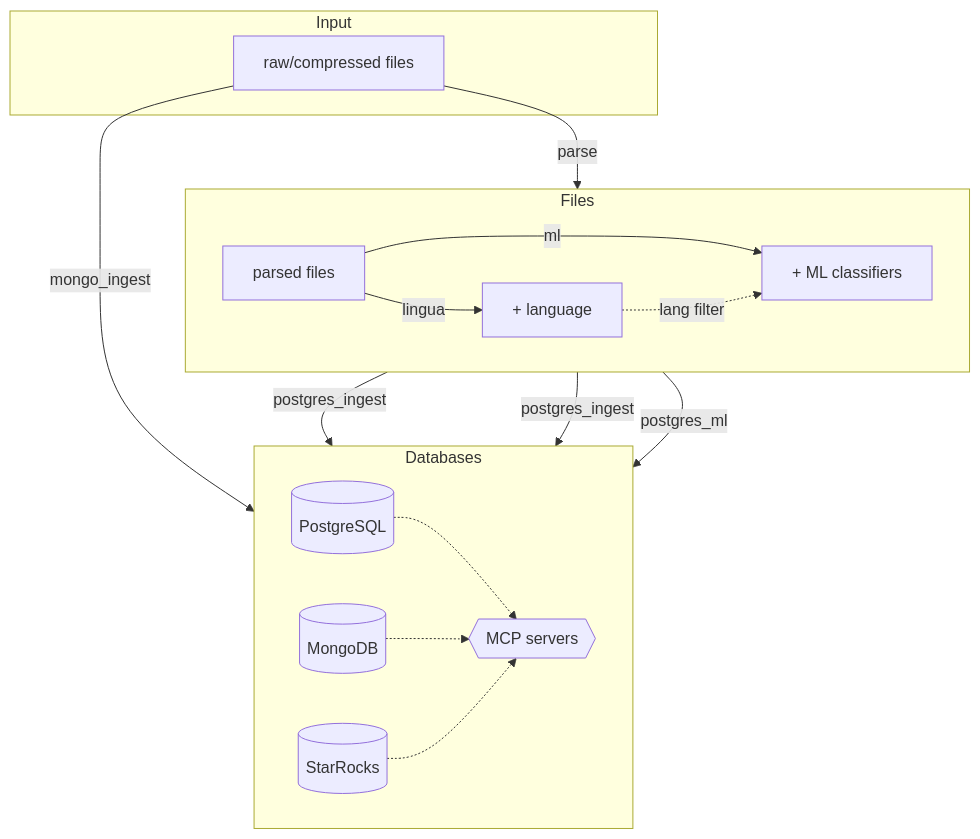
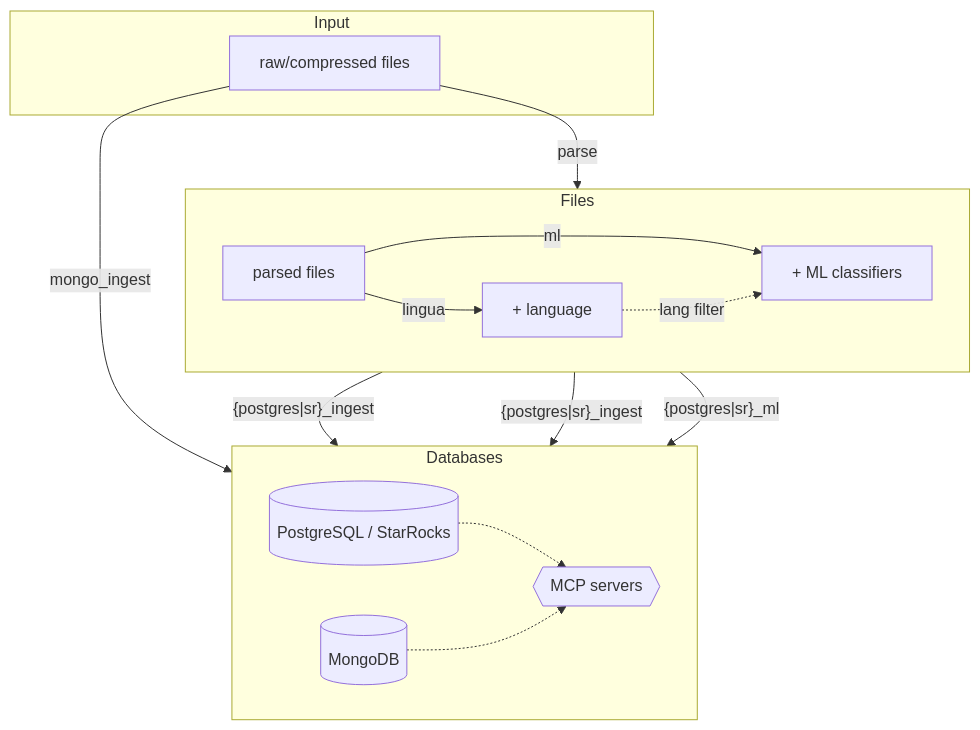
The diagram in README.md (joaopn/social-data-bridge), drawn with Mermaid before and after one commit. The commit also changed other lines of this file and 5 other files, not shown here.

Commit message:
docs: updates documentation to add StarRocks

````diff
--- a/README.md
+++ b/README.md
@@ -74,30 +74,29 @@
 ```mermaid
 flowchart TB
     subgraph Input
         RAW[raw/compressed files]
     end
 
     subgraph Files
         direction LR
         PARSED[parsed files]
         LINGUA[+ language]
         ML_OUT[+ ML classifiers]
         PARSED -->|lingua| LINGUA
         PARSED -->|ml| ML_OUT
         LINGUA -.->|lang filter| ML_OUT
     end
 
     subgraph Databases
         direction LR
-        PG[(PostgreSQL)]
+        PGSR[("PostgreSQL / StarRocks")]
         MONGO[(MongoDB)]
-        SR[(StarRocks)]
         MCP{{MCP servers}}
-        PG & MONGO & SR -.-> MCP
+        PGSR & MONGO -.-> MCP
     end
 
     RAW -->|parse| PARSED
     RAW -->|mongo_ingest| MONGO
-    PARSED & LINGUA -->|postgres_ingest| PG
-    ML_OUT -->|postgres_ml| PG
+    PARSED & LINGUA -->|"{postgres|sr}_ingest"| PGSR
+    ML_OUT -->|"{postgres|sr}_ml"| PGSR
 ```
````
